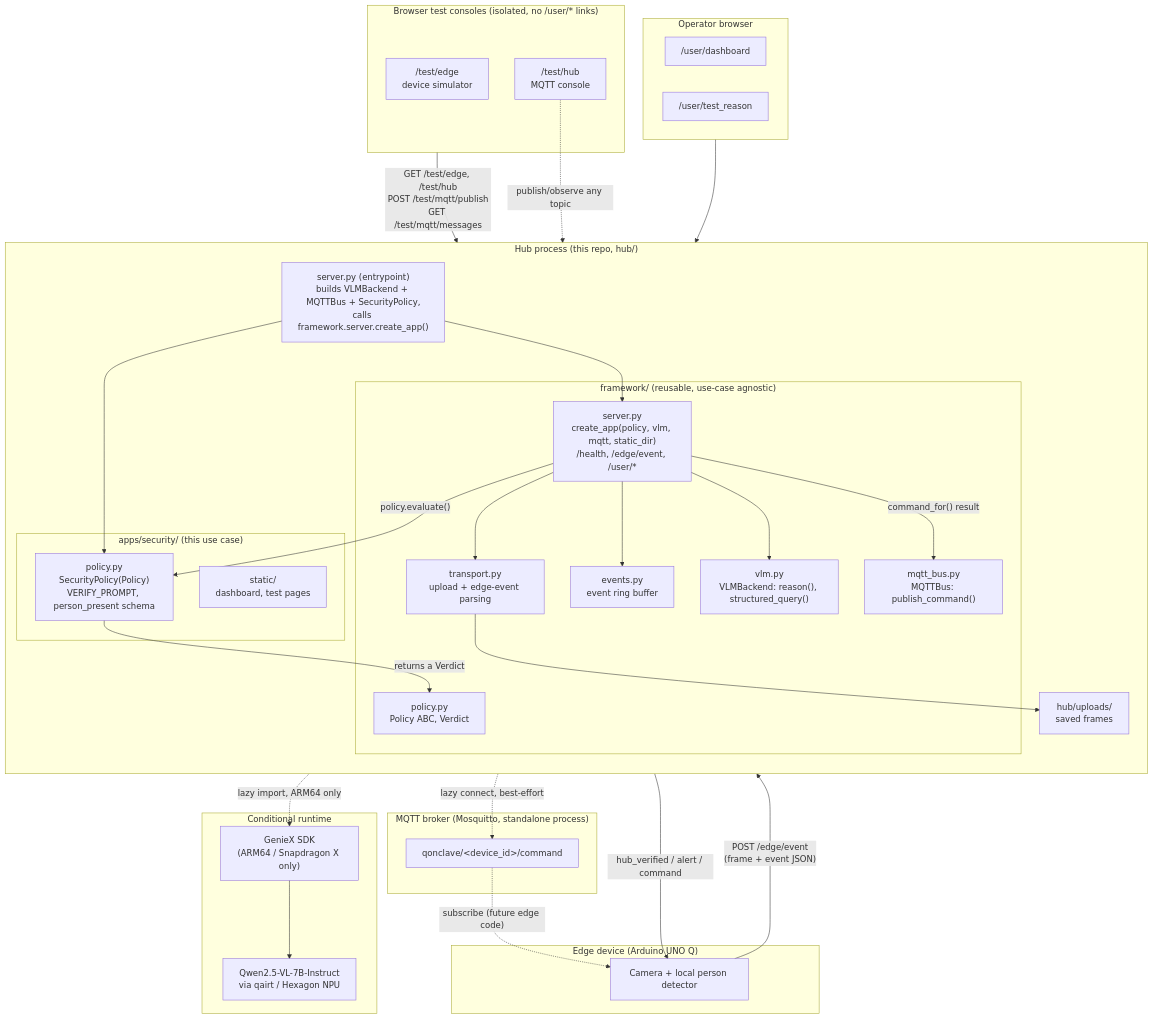
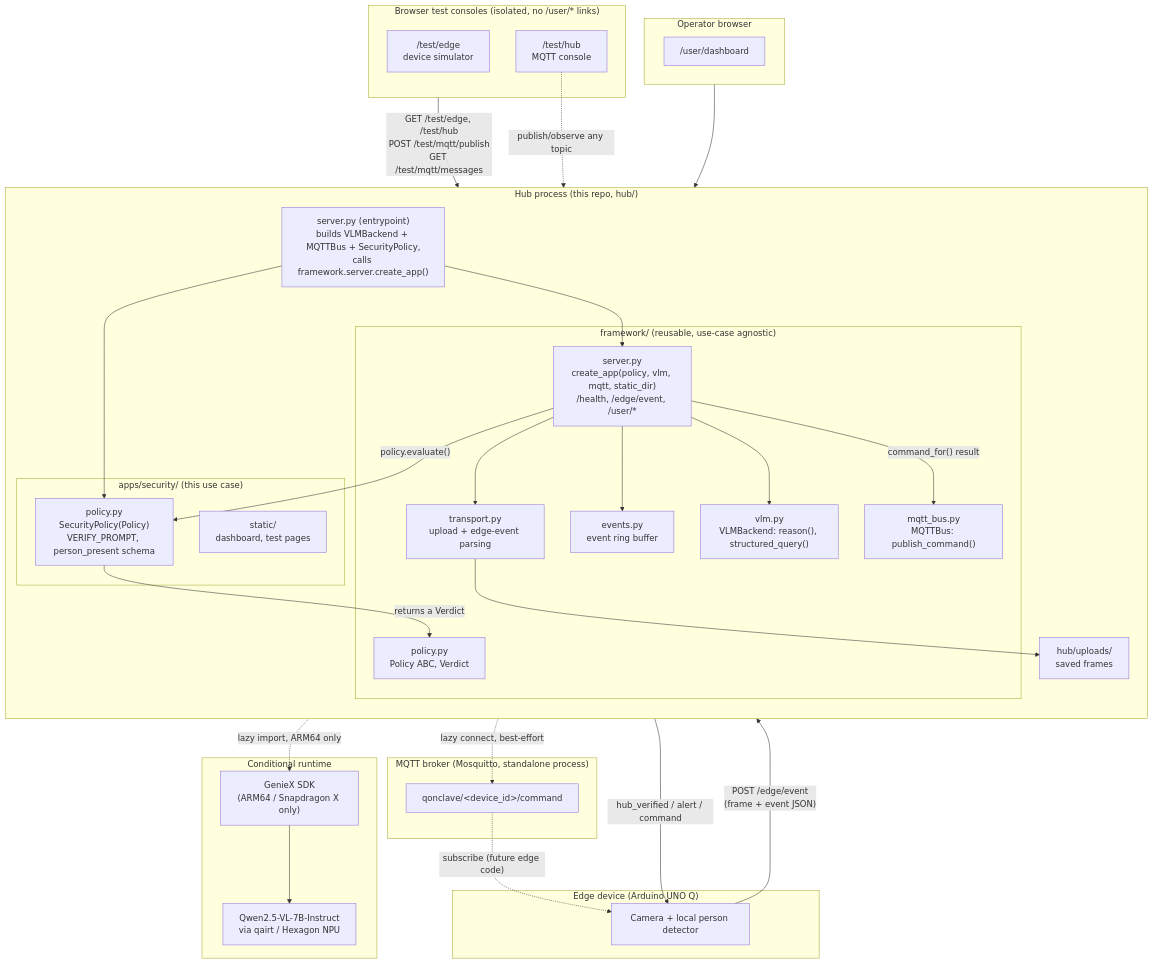
One commit to qonclave/qonclave changed the first of 2 diagrams in hub/README.md. Above: the diagram before and after it, drawn with Mermaid. The commit also changed other lines of this file and 5 other files, not shown here.

````diff
--- a/hub/README.md
+++ b/hub/README.md
@@ -13,66 +13,65 @@
 ```mermaid
 flowchart TB
     subgraph EdgeDevice["Edge device (Arduino UNO Q)"]
         CAM["Camera + local person detector"]
     end
 
     subgraph HubProcess["Hub process (this repo, hub/)"]
         direction TB
 
         subgraph FrameworkPkg["framework/ (reusable, use-case agnostic)"]
             FSERVER["server.py\ncreate_app(policy, vlm, mqtt, static_dir)\n/health, /edge/event, /user/*"]
             FTRANSPORT["transport.py\nupload + edge-event parsing"]
             FEVENTS["events.py\nevent ring buffer"]
             FVLM["vlm.py\nVLMBackend: reason(), structured_query()"]
             FMQTT["mqtt_bus.py\nMQTTBus: publish_command()"]
             FPOLICY["policy.py\nPolicy ABC, Verdict"]
         end
 
         subgraph AppPkg["apps/security/ (this use case)"]
             APOLICY["policy.py\nSecurityPolicy(Policy)\nVERIFY_PROMPT, person_present schema"]
             ASTATIC["static/\ndashboard, test pages"]
         end
 
         ENTRY["server.py (entrypoint)\nbuilds VLMBackend + MQTTBus + SecurityPolicy,\ncalls framework.server.create_app()"]
         DISK["hub/uploads/\nsaved frames"]
 
         ENTRY --> FSERVER
         ENTRY --> APOLICY
         FSERVER --> FTRANSPORT
         FSERVER --> FEVENTS
         FSERVER --> FVLM
         FSERVER -- "command_for() result" --> FMQTT
         FSERVER -- "policy.evaluate()" --> APOLICY
         APOLICY -- "returns a Verdict" --> FPOLICY
         FTRANSPORT --> DISK
     end
 
     subgraph Runtime["Conditional runtime"]
         GENIEX["GenieX SDK\n(ARM64 / Snapdragon X only)"]
         QWEN["Qwen2.5-VL-7B-Instruct\nvia qairt / Hexagon NPU"]
         GENIEX --> QWEN
     end
 
     subgraph Broker["MQTT broker (Mosquitto, standalone process)"]
         MOSQ["qonclave/&lt;device_id&gt;/command"]
     end
 
     subgraph Browser["Operator browser"]
         DASH["/user/dashboard"]
-        TREASON["/user/test_reason"]
     end
 
     subgraph TestConsoles["Browser test consoles (isolated, no /user/* links)"]
         TEDGE["/test/edge\ndevice simulator"]
         THUB["/test/hub\nMQTT console"]
     end
 
     CAM -- "POST /edge/event\n(frame + event JSON)" --> FSERVER
     FVLM -. "lazy import, ARM64 only" .-> GENIEX
     FMQTT -. "lazy connect, best-effort" .-> MOSQ
     MOSQ -. "subscribe (future edge code)" .-> CAM
     Browser --> FSERVER
     TestConsoles -- "GET /test/edge, /test/hub\nPOST /test/mqtt/publish\nGET /test/mqtt/messages" --> FSERVER
     THUB -. "publish/observe any topic" .-> FMQTT
     HubProcess -- "hub_verified / alert / command" --> CAM
 ```
````
